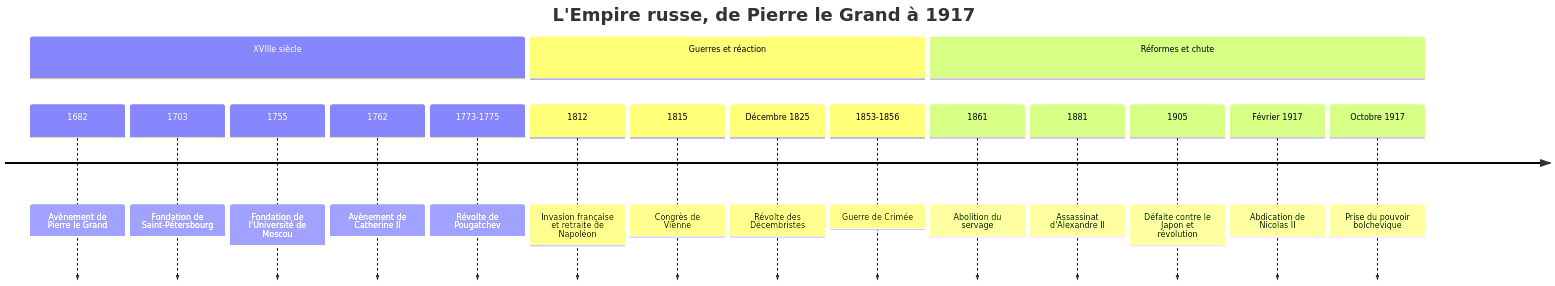
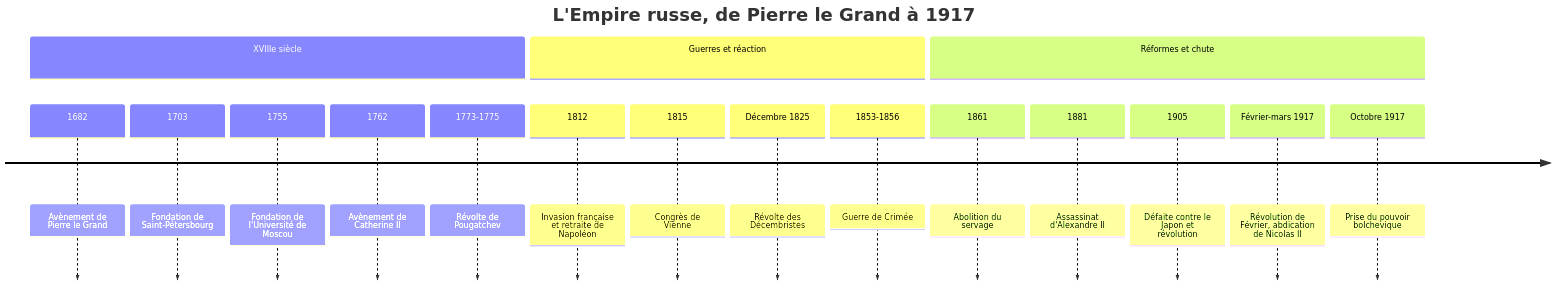
One commit to rwmicro/pensine changed the diagram in Social Sciences/History/Russia/01 - Empire Russe.md. Above: the diagram before and after it, drawn with Mermaid. The commit also changed 4 other files, not shown here.

````diff
--- a/Social Sciences/History/Russia/01 - Empire Russe.md
+++ b/Social Sciences/History/Russia/01 - Empire Russe.md
@@ -18,21 +18,21 @@
 ```mermaid
 timeline
     title L'Empire russe, de Pierre le Grand à 1917
     section XVIIIe siècle
         1682 : Avènement de Pierre le Grand
         1703 : Fondation de Saint-Pétersbourg
         1755 : Fondation de l'Université de Moscou
         1762 : Avènement de Catherine II
         1773-1775 : Révolte de Pougatchev
     section Guerres et réaction
         1812 : Invasion française et retraite de Napoléon
         1815 : Congrès de Vienne
         Décembre 1825 : Révolte des Décembristes
         1853-1856 : Guerre de Crimée
     section Réformes et chute
         1861 : Abolition du servage
         1881 : Assassinat d'Alexandre II
         1905 : Défaite contre le Japon et révolution
-        Février 1917 : Abdication de Nicolas II
+        Février-mars 1917 : Révolution de Février, abdication de Nicolas II
         Octobre 1917 : Prise du pouvoir bolchevique
 ```
````
